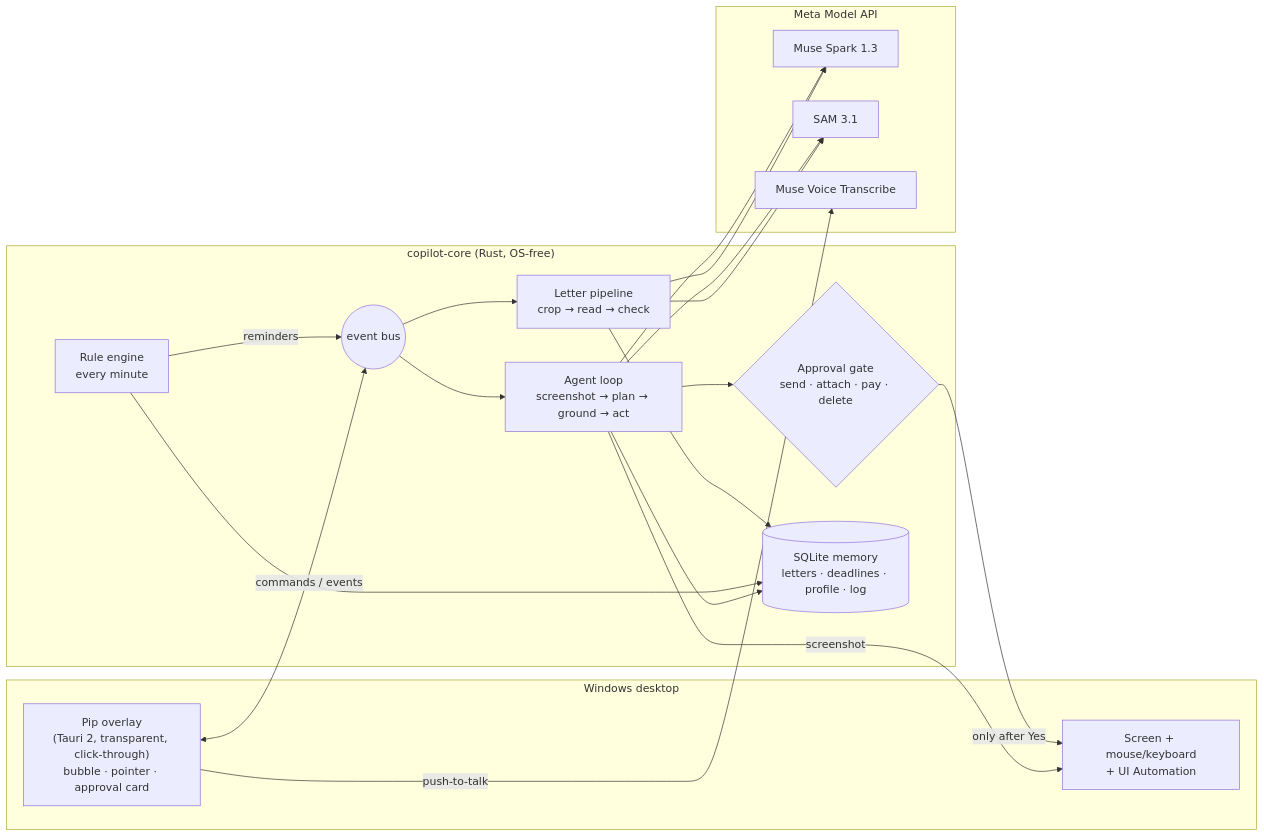
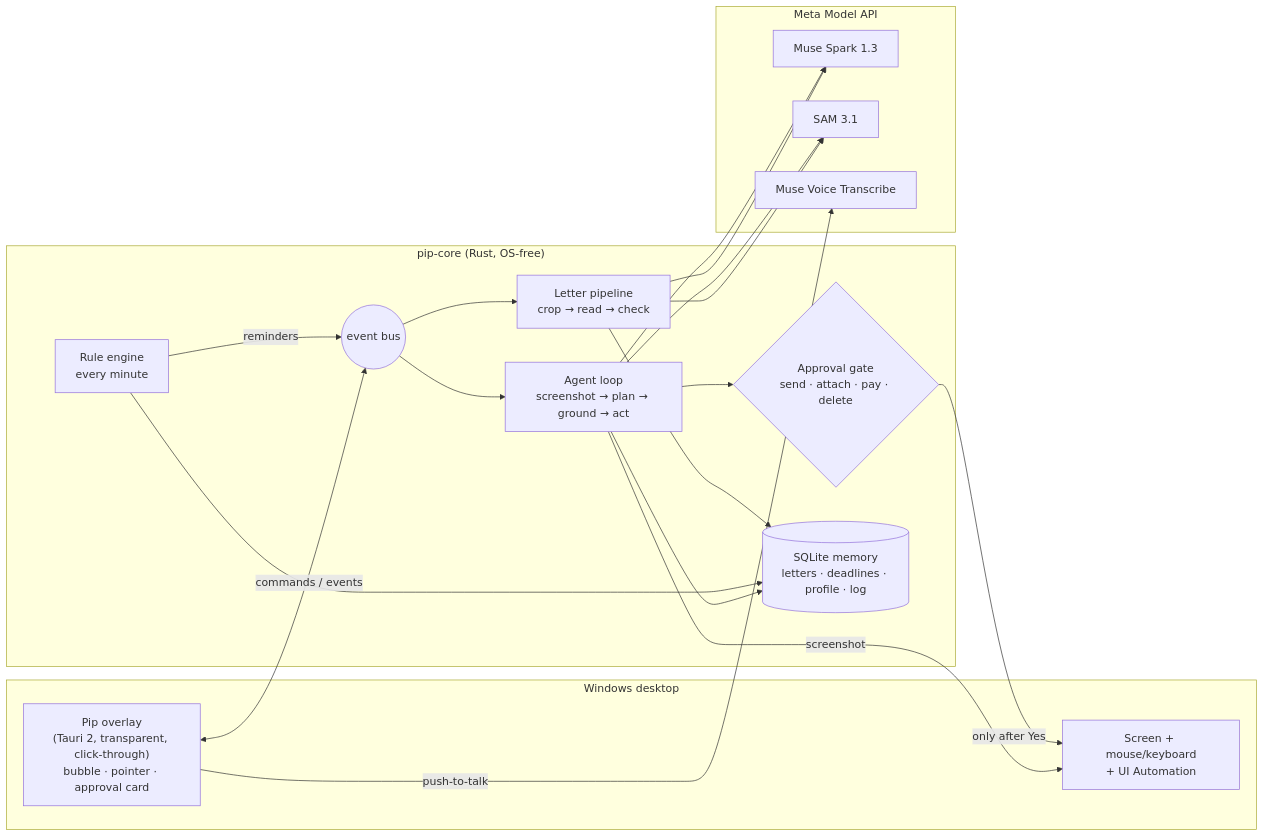
The diagram in README.md (marcopatzelt/hey-pip), drawn with Mermaid before and after one commit. The commit also changed other lines of this file and 42 other files, not shown here.

Commit message:
Rename crates from copilot-* to pip-*; app is Pip.exe; data folder %APPDATA%\Pip

````diff
--- a/README.md
+++ b/README.md
@@ -54,37 +54,37 @@
 ```mermaid
 flowchart LR
     subgraph Windows["Windows desktop"]
         Pip["Pip overlay<br/>(Tauri 2, transparent, click-through)<br/>bubble · pointer · approval card"]
         Screen["Screen + mouse/keyboard<br/>+ UI Automation"]
     end
 
-    subgraph Core["copilot-core (Rust, OS-free)"]
+    subgraph Core["pip-core (Rust, OS-free)"]
         Bus(("event bus"))
         Agent["Agent loop<br/>screenshot → plan → ground → act"]
         Gate{"Approval gate<br/>send · attach · pay · delete"}
         Docs["Letter pipeline<br/>crop → read → check"]
         Rules["Rule engine<br/>every minute"]
         Mem[("SQLite memory<br/>letters · deadlines · profile · log")]
     end
 
     subgraph Meta["Meta Model API"]
         Spark["Muse Spark 1.3"]
         SAM["SAM 3.1"]
         Voice["Muse Voice Transcribe"]
     end
 
     Pip <-->|commands / events| Bus
     Bus --> Agent
     Bus --> Docs
     Rules -->|reminders| Bus
     Agent --> Gate -->|"only after Yes"| Screen
     Agent -->|screenshot| Screen
     Agent --> Spark
     Agent --> SAM
     Docs --> SAM
     Docs --> Spark
     Pip -->|push-to-talk| Voice
     Docs --> Mem
     Rules --> Mem
     Agent --> Mem
 ```
````
